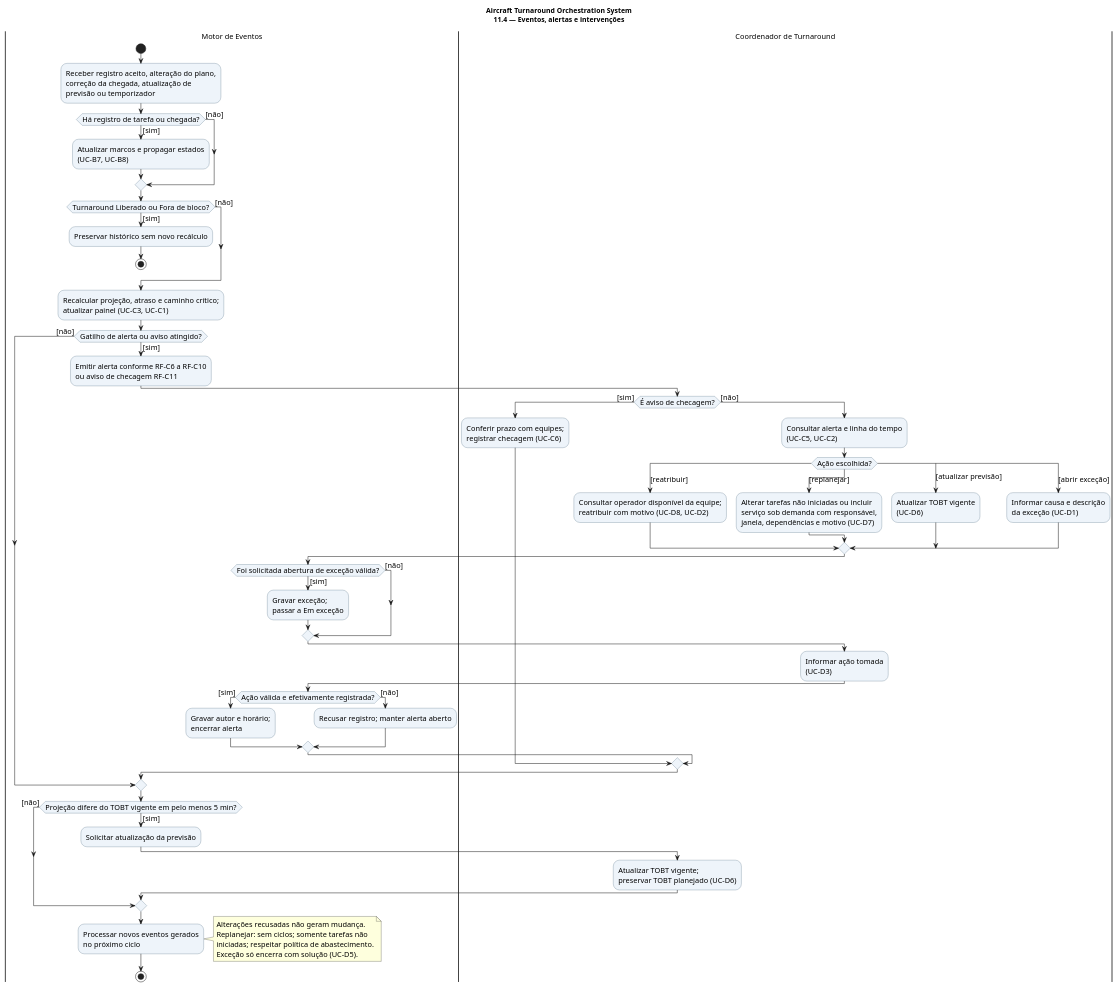
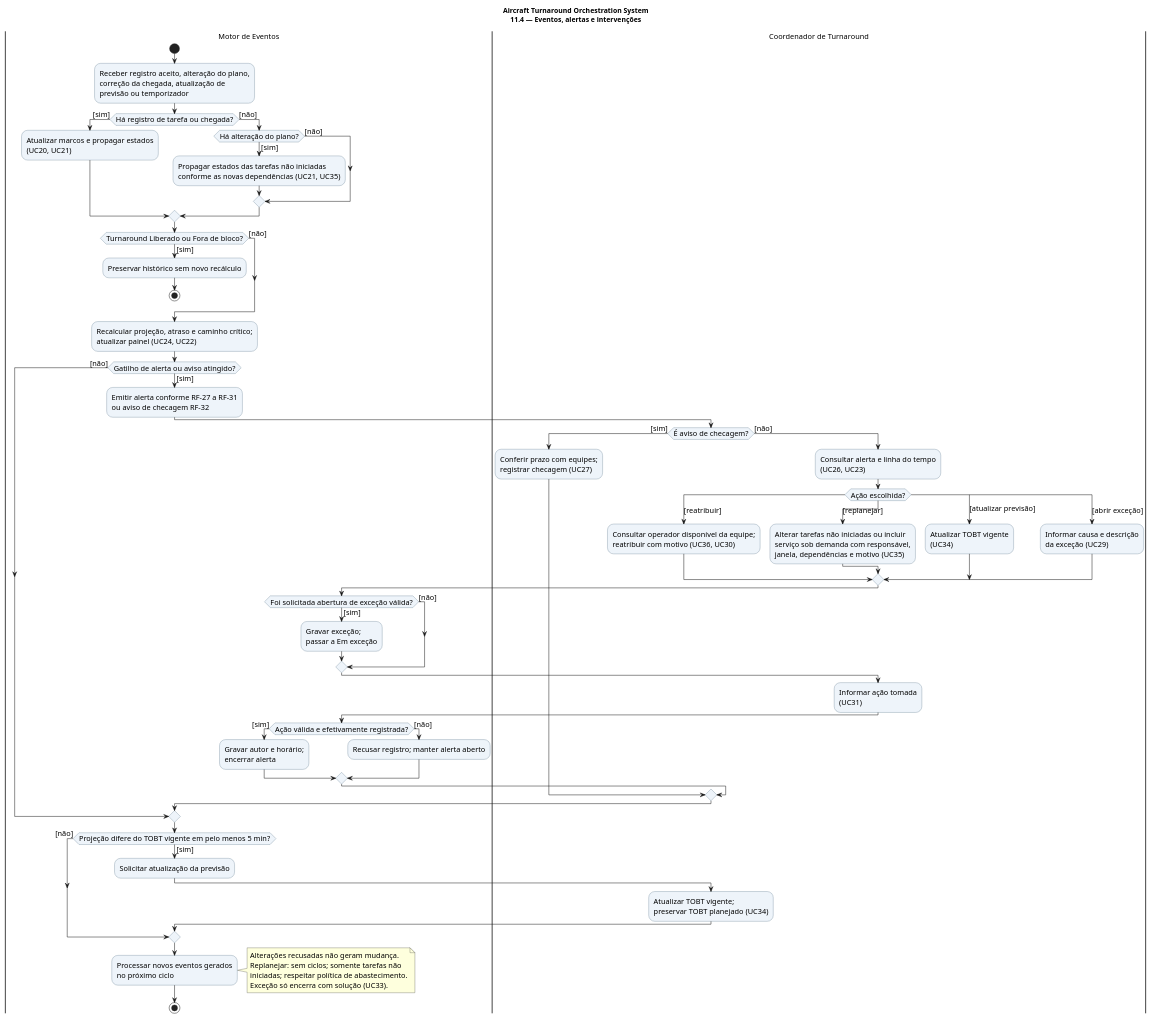
One commit to Aircraft-Turnaround-Operations-Manager/aircraft-turnaround-docs changed the diagram in especificacao/diagramas/11-monitoramento.puml. Above: the diagram before and after it, drawn with PlantUML. The commit also changed 49 other files, not shown here.

```diff
--- a/especificacao/diagramas/11-monitoramento.puml
+++ b/especificacao/diagramas/11-monitoramento.puml
@@ -1,72 +1,76 @@
 @startuml
 !pragma useVerticalIf on
 title Aircraft Turnaround Orchestration System\n11.4 — Eventos, alertas e intervenções
 skinparam backgroundColor white
 skinparam defaultFontName SansSerif
 skinparam defaultFontSize 15
 skinparam shadowing false
 skinparam activityBackgroundColor #EEF4FA
 skinparam activityBorderColor #34536E
 |Motor de Eventos|
 start
 :Receber registro aceito, alteração do plano,\ncorreção da chegada, atualização de\nprevisão ou temporizador;
 if (Há registro de tarefa ou chegada?) then ([sim])
-  :Atualizar marcos e propagar estados\n(UC-B7, UC-B8);
+  :Atualizar marcos e propagar estados\n(UC20, UC21);
 else ([não])
+  if (Há alteração do plano?) then ([sim])
+    :Propagar estados das tarefas não iniciadas\nconforme as novas dependências (UC21, UC35);
+  else ([não])
+  endif
 endif
 if (Turnaround Liberado ou Fora de bloco?) then ([sim])
   :Preservar histórico sem novo recálculo;
   stop
 else ([não])
 endif
-:Recalcular projeção, atraso e caminho crítico;\natualizar painel (UC-C3, UC-C1);
+:Recalcular projeção, atraso e caminho crítico;\natualizar painel (UC24, UC22);
 if (Gatilho de alerta ou aviso atingido?) then ([sim])
-  :Emitir alerta conforme RF-C6 a RF-C10\nou aviso de checagem RF-C11;
+  :Emitir alerta conforme RF-27 a RF-31\nou aviso de checagem RF-32;
   |Coordenador de Turnaround|
   if (É aviso de checagem?) then ([sim])
-    :Conferir prazo com equipes;\nregistrar checagem (UC-C6);
+    :Conferir prazo com equipes;\nregistrar checagem (UC27);
   else ([não])
-    :Consultar alerta e linha do tempo\n(UC-C5, UC-C2);
+    :Consultar alerta e linha do tempo\n(UC26, UC23);
     switch (Ação escolhida?)
     case ([reatribuir])
-      :Consultar operador disponível da equipe;\nreatribuir com motivo (UC-D8, UC-D2);
+      :Consultar operador disponível da equipe;\nreatribuir com motivo (UC36, UC30);
     case ([replanejar])
-      :Alterar tarefas não iniciadas ou incluir\nserviço sob demanda com responsável,\njanela, dependências e motivo (UC-D7);
+      :Alterar tarefas não iniciadas ou incluir\nserviço sob demanda com responsável,\njanela, dependências e motivo (UC35);
     case ([atualizar previsão])
-      :Atualizar TOBT vigente\n(UC-D6);
+      :Atualizar TOBT vigente\n(UC34);
     case ([abrir exceção])
-      :Informar causa e descrição\nda exceção (UC-D1);
+      :Informar causa e descrição\nda exceção (UC29);
     endswitch
     |Motor de Eventos|
     if (Foi solicitada abertura de exceção válida?) then ([sim])
       :Gravar exceção;\npassar a Em exceção;
     else ([não])
     endif
     |Coordenador de Turnaround|
-    :Informar ação tomada\n(UC-D3);
+    :Informar ação tomada\n(UC31);
     |Motor de Eventos|
     if (Ação válida e efetivamente registrada?) then ([sim])
       :Gravar autor e horário;\nencerrar alerta;
     else ([não])
       :Recusar registro; manter alerta aberto;
     endif
   endif
 else ([não])
 endif
 |Motor de Eventos|
 if (Projeção difere do TOBT vigente em pelo menos 5 min?) then ([sim])
   :Solicitar atualização da previsão;
   |Coordenador de Turnaround|
-  :Atualizar TOBT vigente;\npreservar TOBT planejado (UC-D6);
+  :Atualizar TOBT vigente;\npreservar TOBT planejado (UC34);
 else ([não])
 endif
 |Motor de Eventos|
 :Processar novos eventos gerados\nno próximo ciclo;
 note right
   Alterações recusadas não geram mudança.
   Replanejar: sem ciclos; somente tarefas não
   iniciadas; respeitar política de abastecimento.
-  Exceção só encerra com solução (UC-D5).
+  Exceção só encerra com solução (UC33).
 end note
 stop
 @enduml
```
